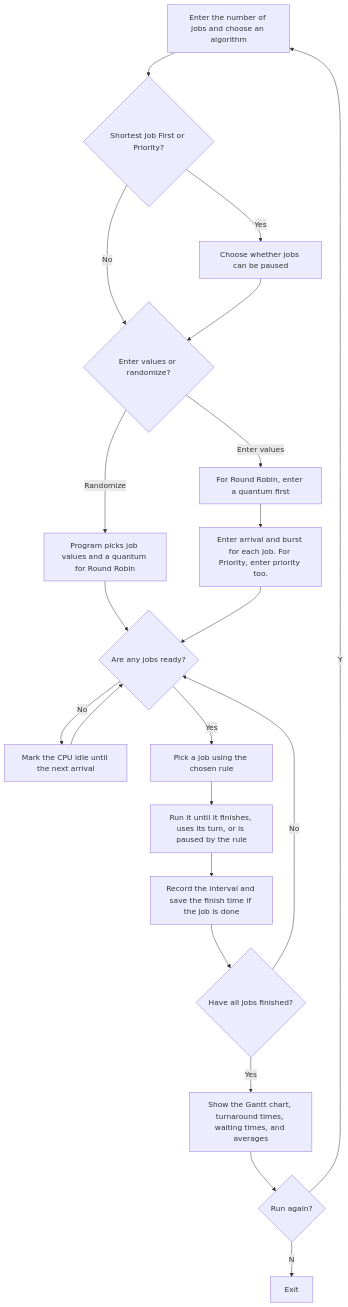
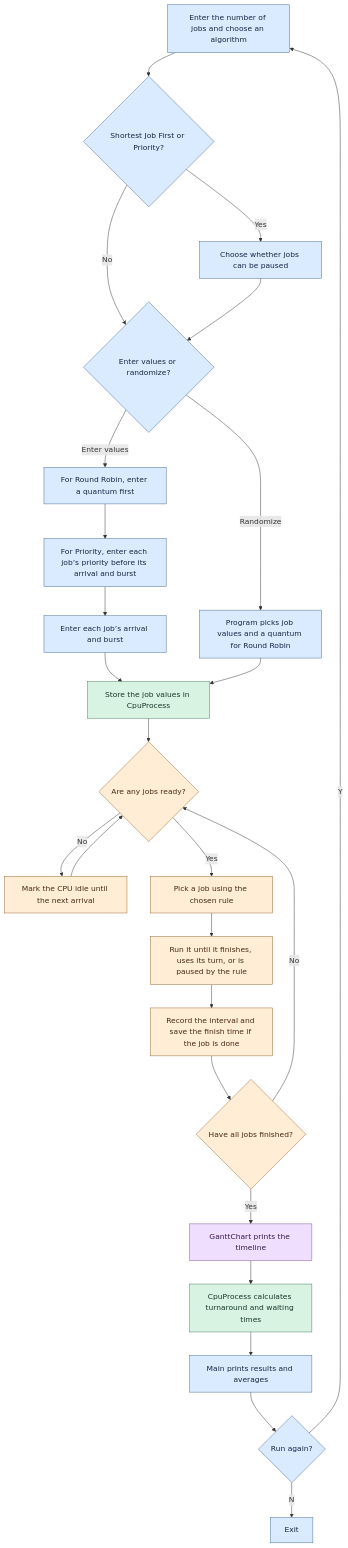
Before and after one commit to miraflowwer/cpu-scheduler: the diagram in README.md, drawn with Mermaid. The commit also changed other lines of this file and 8 other files, not shown here.

````diff
--- a/README.md
+++ b/README.md
@@ -70,23 +43,35 @@
 ```mermaid
 flowchart TD
     A["Enter the number of jobs and choose an algorithm"] --> B{"Shortest Job First or Priority?"}
     B -->|Yes| C["Choose whether jobs can be paused"]
     B -->|No| D{"Enter values or randomize?"}
     C --> D
     D -->|Randomize| E["Program picks job values and a quantum for Round Robin"]
     D -->|Enter values| F["For Round Robin, enter a quantum first"]
-    F --> G["Enter arrival and burst for each job. For Priority, enter priority too."]
-    E --> H{"Are any jobs ready?"}
-    G --> H
+    F --> T["For Priority, enter each job’s priority before its arrival and burst"]
+    T --> G["Enter each job’s arrival and burst"]
+    G --> S["Store the job values in CpuProcess"]
+    E --> S
+    S --> H{"Are any jobs ready?"}
     H -->|No| I["Mark the CPU idle until the next arrival"]
     I --> H
     H -->|Yes| J["Pick a job using the chosen rule"]
     J --> K["Run it until it finishes, uses its turn, or is paused by the rule"]
     K --> L["Record the interval and save the finish time if the job is done"]
     L --> M{"Have all jobs finished?"}
     M -->|No| H
-    M -->|Yes| N["Show the Gantt chart, turnaround times, waiting times, and averages"]
+    M -->|Yes| U["GanttChart prints the timeline"]
+    U --> V["CpuProcess calculates turnaround and waiting times"]
+    V --> N["Main prints results and averages"]
     N --> O{"Run again?"}
     O -->|Y| A
     O -->|N| P["Exit"]
+    classDef main fill:#daeaff,color:#142740,stroke:#456897
+    classDef process fill:#d9f3e2,color:#153629,stroke:#428060
+    classDef scheduler fill:#ffedd5,color:#462812,stroke:#98642f
+    classDef chart fill:#f0deff,color:#35184a,stroke:#80539b
+    class A,B,C,D,E,F,T,G,N,O,P main
+    class S,V process
+    class H,I,J,K,L,M scheduler
+    class U chart
 ```
````
